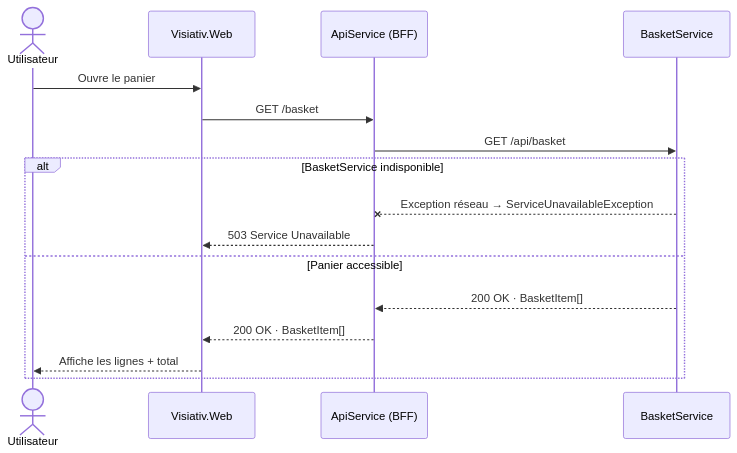
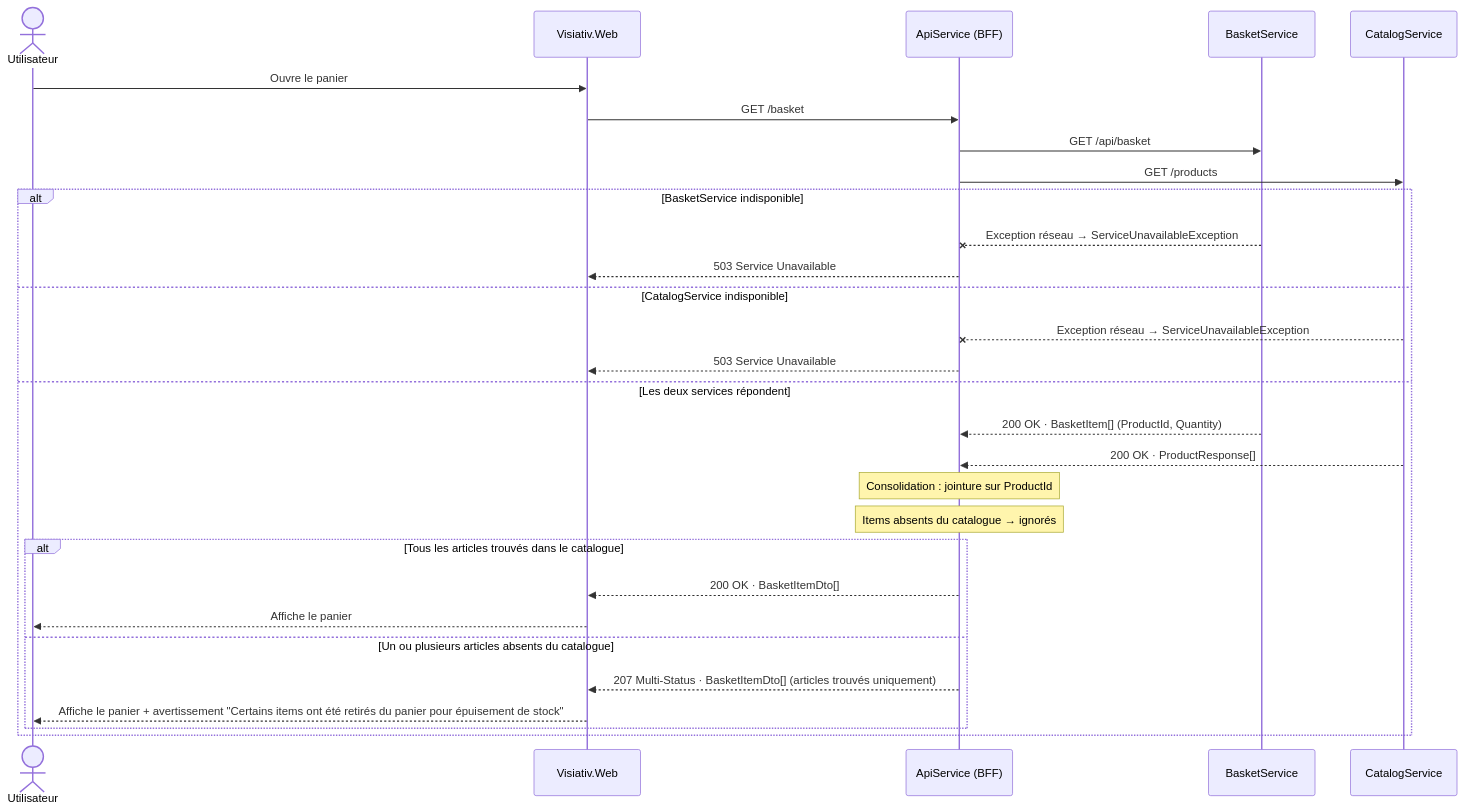
One commit to GreYak/Visiativ changed the fifth of 6 diagrams in docs/architecture.md. Above: the diagram before and after it, drawn with Mermaid. The commit also changed other lines of this file and 6 other files, not shown here.

````diff
--- a/docs/architecture.md
+++ b/docs/architecture.md
@@ -168,21 +168,39 @@
 ```mermaid
 sequenceDiagram
     actor User as Utilisateur
     participant Web as Visiativ.Web
     participant BFF as ApiService (BFF)
     participant Bas as BasketService
+    participant Cat as CatalogService
 
     User->>Web: Ouvre le panier
     Web->>BFF: GET /basket
+
     BFF->>Bas: GET /api/basket
+    BFF->>Cat: GET /products
 
     alt BasketService indisponible
         Bas--xBFF: Exception réseau → ServiceUnavailableException
         BFF-->>Web: 503 Service Unavailable
 
-    else Panier accessible
-        Bas-->>BFF: 200 OK · BasketItem[]
-        BFF-->>Web: 200 OK · BasketItem[]
-        Web-->>User: Affiche les lignes + total
+    else CatalogService indisponible
+        Cat--xBFF: Exception réseau → ServiceUnavailableException
+        BFF-->>Web: 503 Service Unavailable
+
+    else Les deux services répondent
+        Bas-->>BFF: 200 OK · BasketItem[] (ProductId, Quantity)
+        Cat-->>BFF: 200 OK · ProductResponse[]
+
+        note over BFF: Consolidation : jointure sur ProductId
+        note over BFF: Items absents du catalogue → ignorés
+
+        alt Tous les articles trouvés dans le catalogue
+            BFF-->>Web: 200 OK · BasketItemDto[]
+            Web-->>User: Affiche le panier
+
+        else Un ou plusieurs articles absents du catalogue
+            BFF-->>Web: 207 Multi-Status · BasketItemDto[] (articles trouvés uniquement)
+            Web-->>User: Affiche le panier + avertissement "Certains items ont été retirés du panier pour épuisement de stock"
+        end
     end
 ```
````
